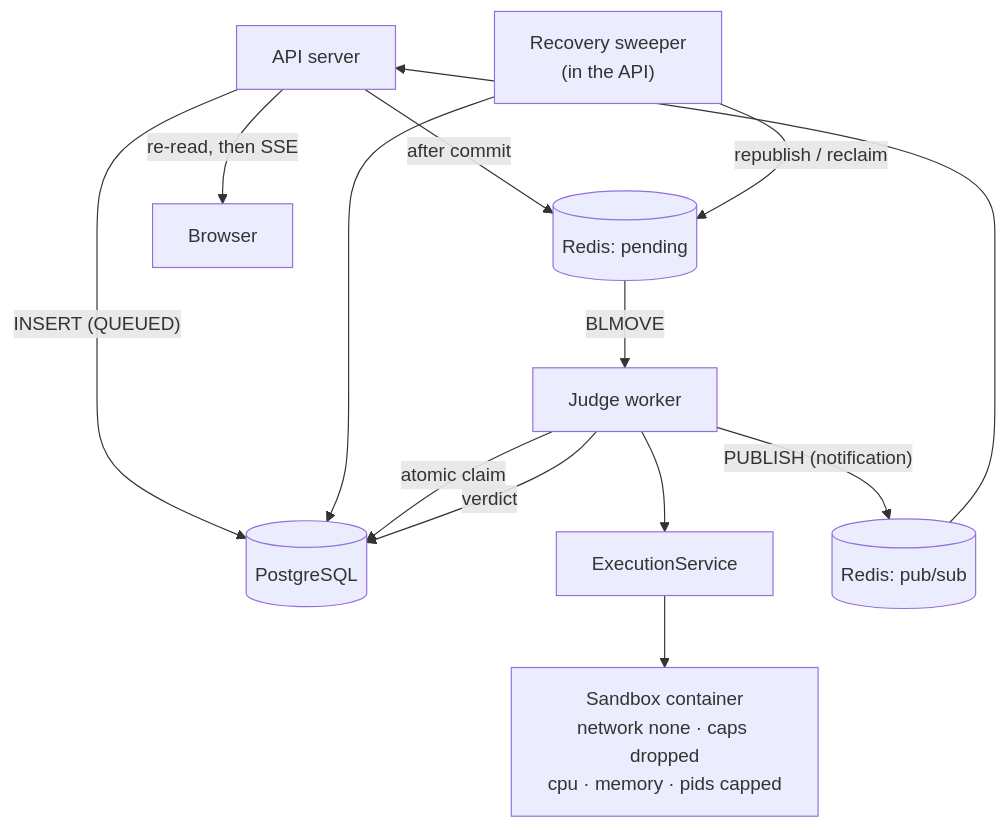
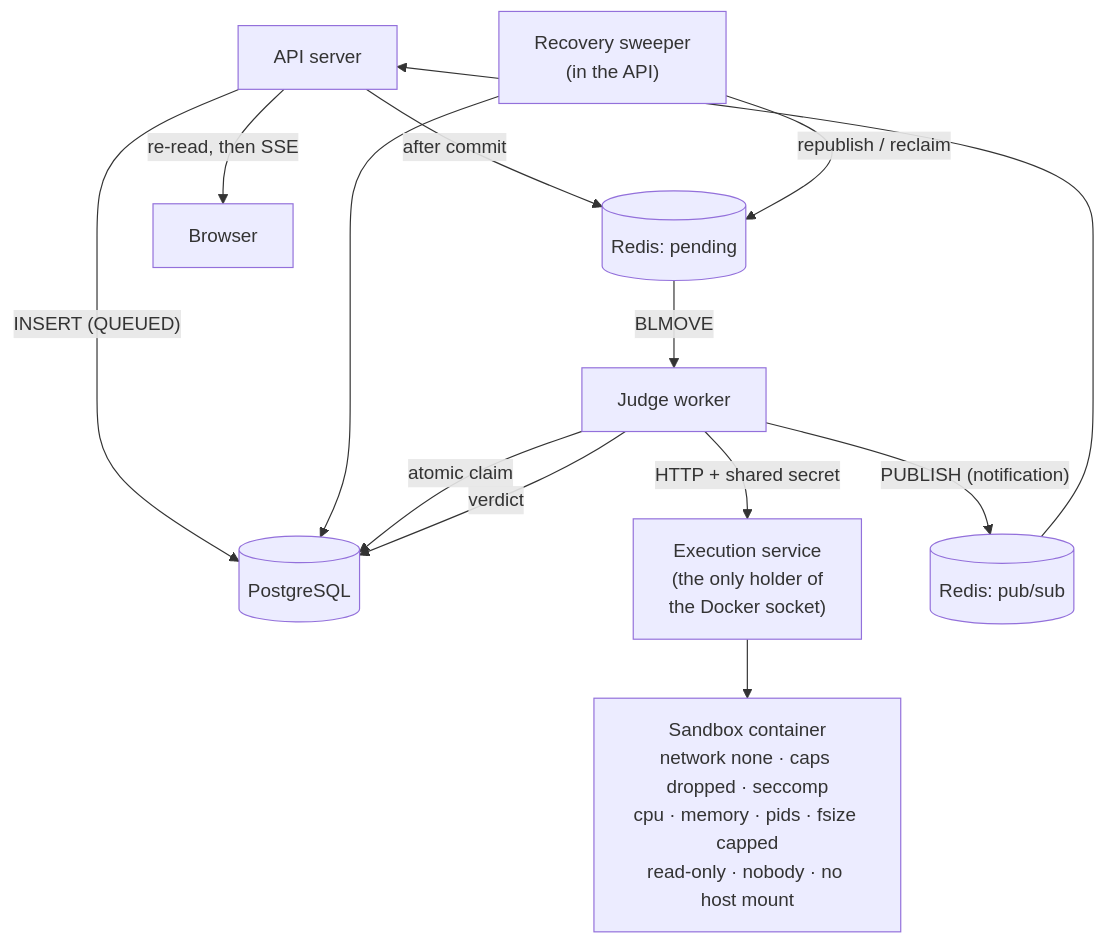
Before and after one commit to SatvikO7/codearena: the fourth of 4 diagrams in docs/architecture.md, drawn with Mermaid. The commit also changed other lines of this file and 48 other files, not shown here.

First line of the commit message:
feat(security): move Docker control off the worker and harden the sandbox

````diff
--- a/docs/architecture.md
+++ b/docs/architecture.md
@@ -159,15 +177,15 @@
 ```mermaid
 flowchart TD
     API["API server"] -->|"INSERT (QUEUED)"| PG[("PostgreSQL")]
     API -->|"after commit"| Redis[("Redis: pending")]
     Sweeper["Recovery sweeper<br/>(in the API)"] -->|"republish / reclaim"| Redis
     Sweeper --> PG
     Redis -->|"BLMOVE"| Worker["Judge worker"]
     Worker -->|"atomic claim"| PG
-    Worker --> Exec["ExecutionService"]
-    Exec --> Sandbox["Sandbox container<br/>network none · caps dropped<br/>cpu · memory · pids capped"]
+    Worker -->|"HTTP + shared secret"| Exec["Execution service<br/>(the only holder of<br/>the Docker socket)"]
+    Exec --> Sandbox["Sandbox container<br/>network none · caps dropped · seccomp<br/>cpu · memory · pids · fsize capped<br/>read-only · nobody · no host mount"]
     Worker -->|"verdict"| PG
     Worker -->|"PUBLISH (notification)"| Events[("Redis: pub/sub")]
     Events --> API
     API -->|"re-read, then SSE"| Browser["Browser"]
 ```
````
